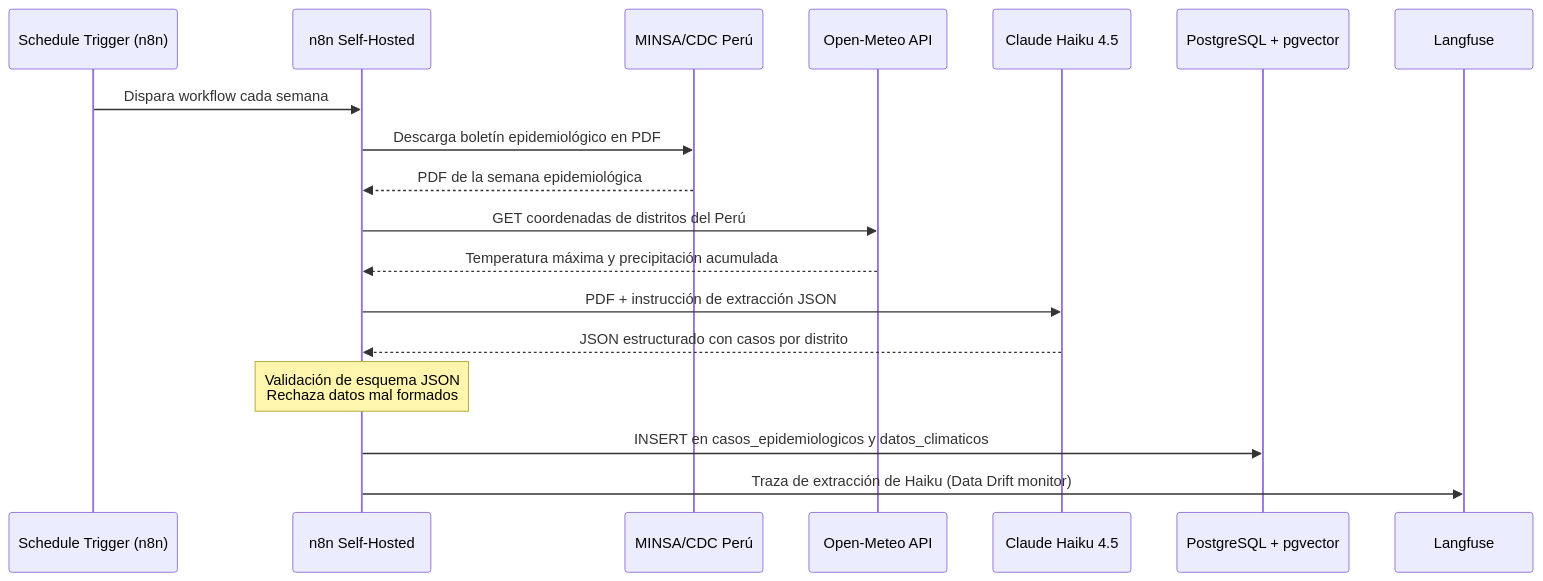
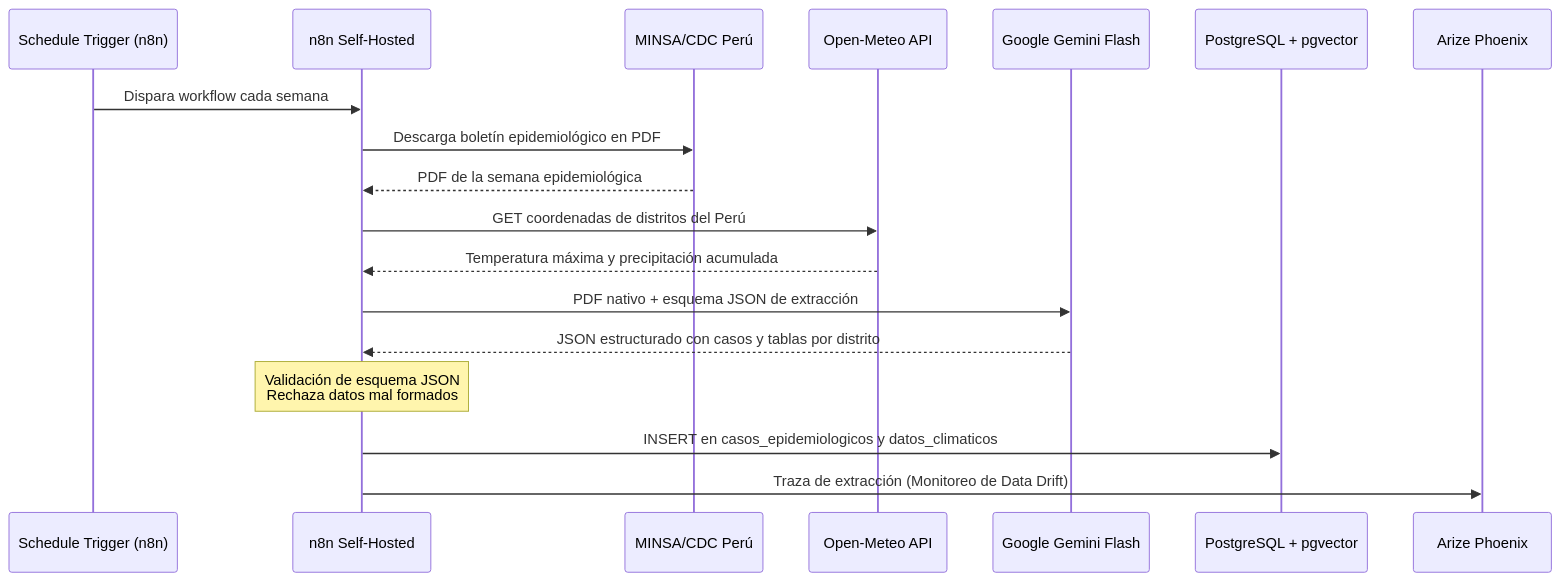
Before and after one commit to Equipo5-Aqp/HealthRadar: the second of 2 diagrams in README.md, drawn with Mermaid. The commit also changed other lines of this file and 19 other files, not shown here.

Commit message:
docs: actualizar README, diagramas C4 y ADRs con Gemini, Claude y Phoenix

````diff
--- a/README.md
+++ b/README.md
@@ -79,25 +81,25 @@
 ```mermaid
 sequenceDiagram
     participant SCH as Schedule Trigger (n8n)
     participant N8N as n8n Self-Hosted
     participant MINSA as MINSA/CDC Perú
     participant OM as Open-Meteo API
-    participant HAIKU as Claude Haiku 4.5
+    participant GEMINI as Google Gemini Flash
     participant PG as PostgreSQL + pgvector
-    participant LF as Langfuse
+    participant PHX as Arize Phoenix
 
     SCH->>N8N: Dispara workflow cada semana
     N8N->>MINSA: Descarga boletín epidemiológico en PDF
     MINSA-->>N8N: PDF de la semana epidemiológica
 
     N8N->>OM: GET coordenadas de distritos del Perú
     OM-->>N8N: Temperatura máxima y precipitación acumulada
 
-    N8N->>HAIKU: PDF + instrucción de extracción JSON
-    HAIKU-->>N8N: JSON estructurado con casos por distrito
+    N8N->>GEMINI: PDF nativo + esquema JSON de extracción
+    GEMINI-->>N8N: JSON estructurado con casos y tablas por distrito
 
     Note over N8N: Validación de esquema JSON<br/>Rechaza datos mal formados
 
     N8N->>PG: INSERT en casos_epidemiologicos y datos_climaticos
-    N8N->>LF: Traza de extracción de Haiku (Data Drift monitor)
+    N8N->>PHX: Traza de extracción (Monitoreo de Data Drift)
 ```
````
